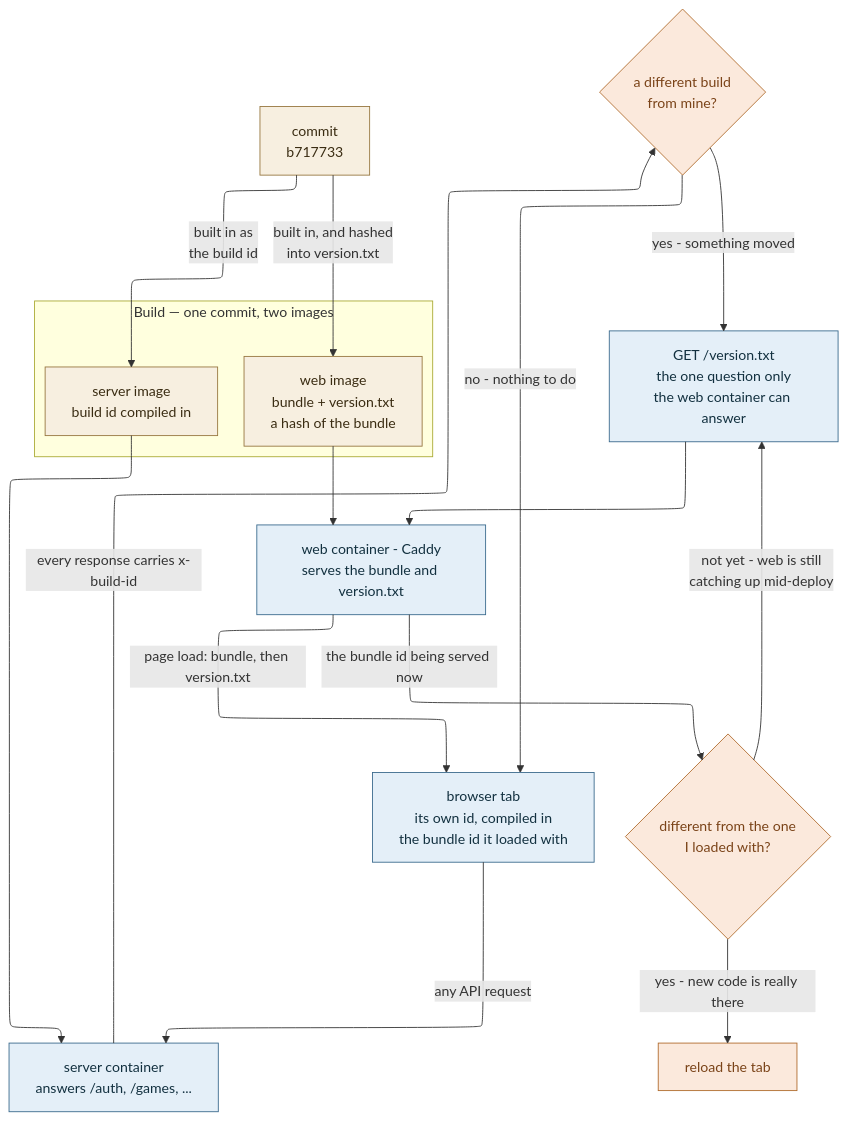
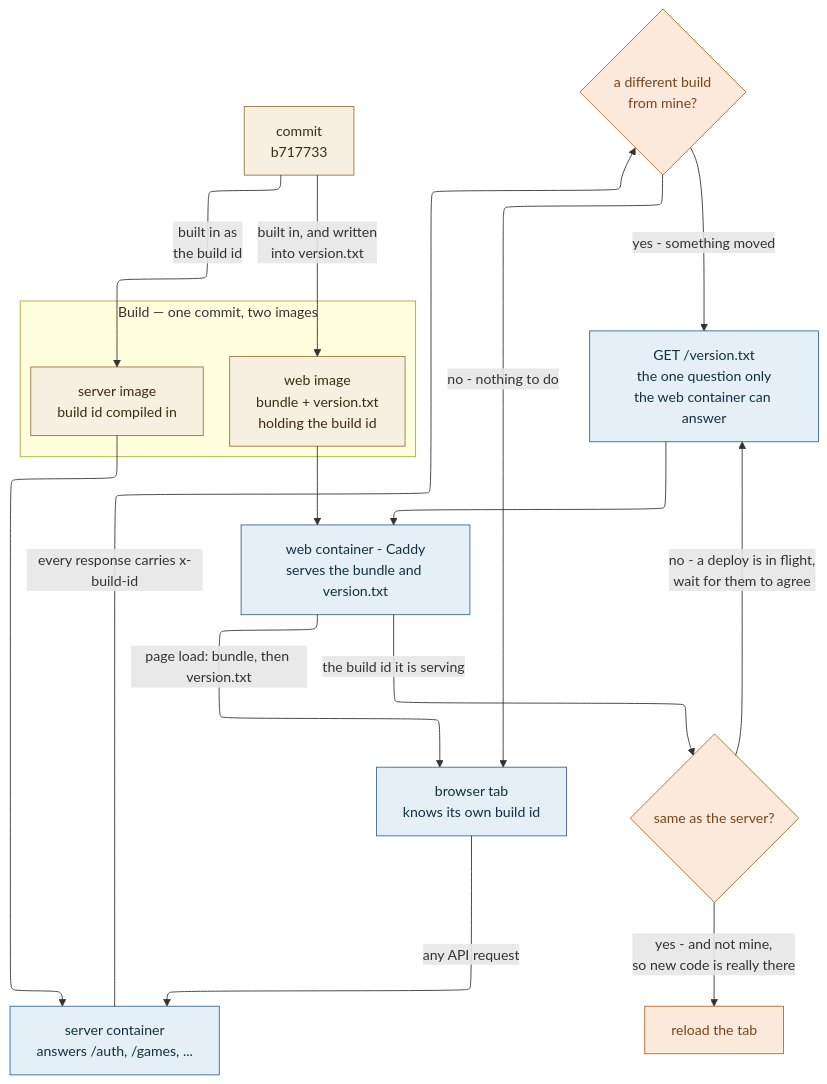
The diagram in docs/diagrams/version-lifecycle.mmd (SteveStyle/scrabble-px), drawn with Mermaid before and after one commit. The commit also changed 6 other files, not shown here.

First line of the commit message:
app 0.6.0 api 2.10: publish the build id, not a hash of the bundle

```diff
--- a/docs/diagrams/version-lifecycle.mmd
+++ b/docs/diagrams/version-lifecycle.mmd
@@ -1,48 +1,48 @@
 ---
 config:
   layout: elk
   elk:
     nodePlacementStrategy: BRANDES_KOEPF
 ---
 flowchart TB
     %% The point of the diagram: a running tab asks two different places two
     %% different questions. The server can only say what *it* is running; only
     %% the web container knows which bundle is actually being served.
 
     commit["commit<br/>b717733"]:::repo
 
     subgraph build["Build — one commit, two images"]
         direction LR
         serverimg["server image<br/>build id compiled in"]:::repo
-        webimg["web image<br/>bundle + version.txt<br/>a hash of the bundle"]:::repo
+        webimg["web image<br/>bundle + version.txt<br/>holding the build id"]:::repo
     end
 
     commit -->|"built in as<br/>the build id"| serverimg
-    commit -->|"built in, and hashed<br/>into version.txt"| webimg
+    commit -->|"built in, and written<br/>into version.txt"| webimg
 
     server["server container<br/>answers /auth, /games, ..."]:::env
     web["web container - Caddy<br/>serves the bundle and version.txt"]:::env
-    tab["browser tab<br/>its own id, compiled in<br/>the bundle id it loaded with"]:::env
+    tab["browser tab<br/>knows its own build id"]:::env
 
     serverimg --> server
     webimg --> web
     web -->|"page load: bundle, then version.txt"| tab
 
     tab -->|"any API request"| server
     server -->|"every response carries x-build-id"| moved
 
     moved{"a different build<br/>from mine?"}:::gate
     moved -->|"no - nothing to do"| tab
     moved -->|"yes - something moved"| ask
 
     ask["GET /version.txt<br/>the one question only<br/>the web container can answer"]:::env
     ask --> web
-    web -->|"the bundle id being served now"| serving
+    web -->|"the build id it is serving"| serving
 
-    serving{"different from the one<br/>I loaded with?"}:::gate
-    serving -->|"not yet - web is still<br/>catching up mid-deploy"| ask
-    serving -->|"yes - new code is really there"| reload["reload the tab"]:::gate
+    serving{"same as the server?"}:::gate
+    serving -->|"no - a deploy is in flight,<br/>wait for them to agree"| ask
+    serving -->|"yes - and not mine,<br/>so new code is really there"| reload["reload the tab"]:::gate
 
     classDef gate fill:#fbe9dc,stroke:#b06a2c,color:#7a4318
     classDef env fill:#e4eff8,stroke:#39698c,color:#12303f
     classDef repo fill:#f7efe0,stroke:#96763f,color:#3a2c12
```
